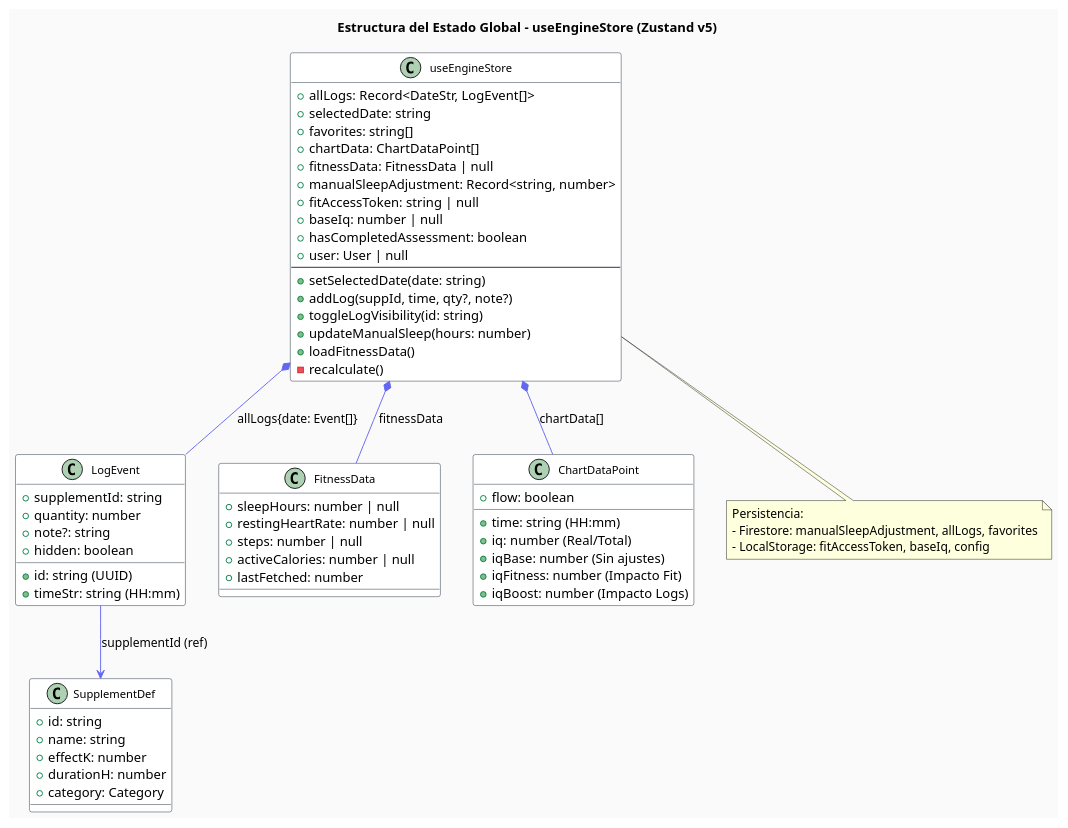
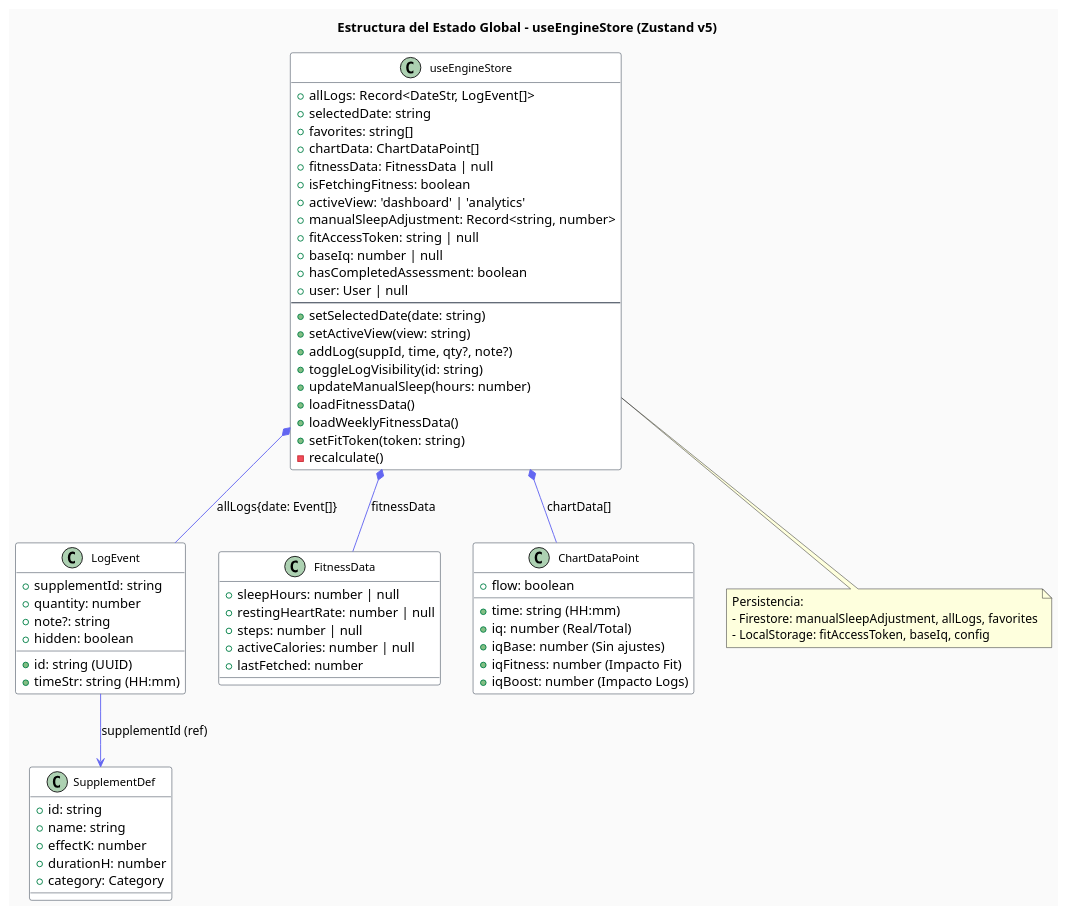
One commit to Camilo-Alberto-Palacio/optimizador-cognitivo changed the diagram in diagramas/state_structure.puml. Above: the diagram before and after it, drawn with PlantUML. The commit also changed 3 other files, not shown here.

```diff
--- a/diagramas/state_structure.puml
+++ b/diagramas/state_structure.puml
@@ -1,76 +1,81 @@
 @startuml StateStructure_v2
 skinparam class {
     BackgroundColor White
     ArrowColor #6366f1
     BorderColor #1e293b
     FontSize 12
 }
 skinparam backgroundColor #FAFAFA
 title Estructura del Estado Global - useEngineStore (Zustand v5)
 
 class "useEngineStore" as Store {
     + allLogs: Record<DateStr, LogEvent[]>
     + selectedDate: string
     + favorites: string[]
     + chartData: ChartDataPoint[]
     + fitnessData: FitnessData | null
+    + isFetchingFitness: boolean
+    + activeView: 'dashboard' | 'analytics'
     + manualSleepAdjustment: Record<string, number>
     + fitAccessToken: string | null
     + baseIq: number | null
     + hasCompletedAssessment: boolean
     + user: User | null
     --
     + setSelectedDate(date: string)
+    + setActiveView(view: string)
     + addLog(suppId, time, qty?, note?)
     + toggleLogVisibility(id: string)
     + updateManualSleep(hours: number)
     + loadFitnessData()
+    + loadWeeklyFitnessData()
+    + setFitToken(token: string)
     - recalculate()
 }
 
 class "LogEvent" as Event {
     + id: string (UUID)
     + supplementId: string
     + timeStr: string (HH:mm)
     + quantity: number
     + note?: string
     + hidden: boolean
 }
 
 class "FitnessData" as Fit {
     + sleepHours: number | null
     + restingHeartRate: number | null
     + steps: number | null
     + activeCalories: number | null
     + lastFetched: number
 }
 
 class "ChartDataPoint" as Chart {
     + time: string (HH:mm)
     + iq: number (Real/Total)
     + iqBase: number (Sin ajustes)
     + iqFitness: number (Impacto Fit)
     + iqBoost: number (Impacto Logs)
     + flow: boolean
 }
 
 class "SupplementDef" as Supp {
     + id: string
     + name: string
     + effectK: number
     + durationH: number
     + category: Category
 }
 
 Store *-- Event : allLogs{date: Event[]}
 Store *-- Fit : fitnessData
 Store *-- Chart : chartData[]
 Event --> Supp : supplementId (ref)
 
 note bottom of Store
   Persistencia:
   - Firestore: manualSleepAdjustment, allLogs, favorites
   - LocalStorage: fitAccessToken, baseIq, config
 end note
 
 @enduml
```
